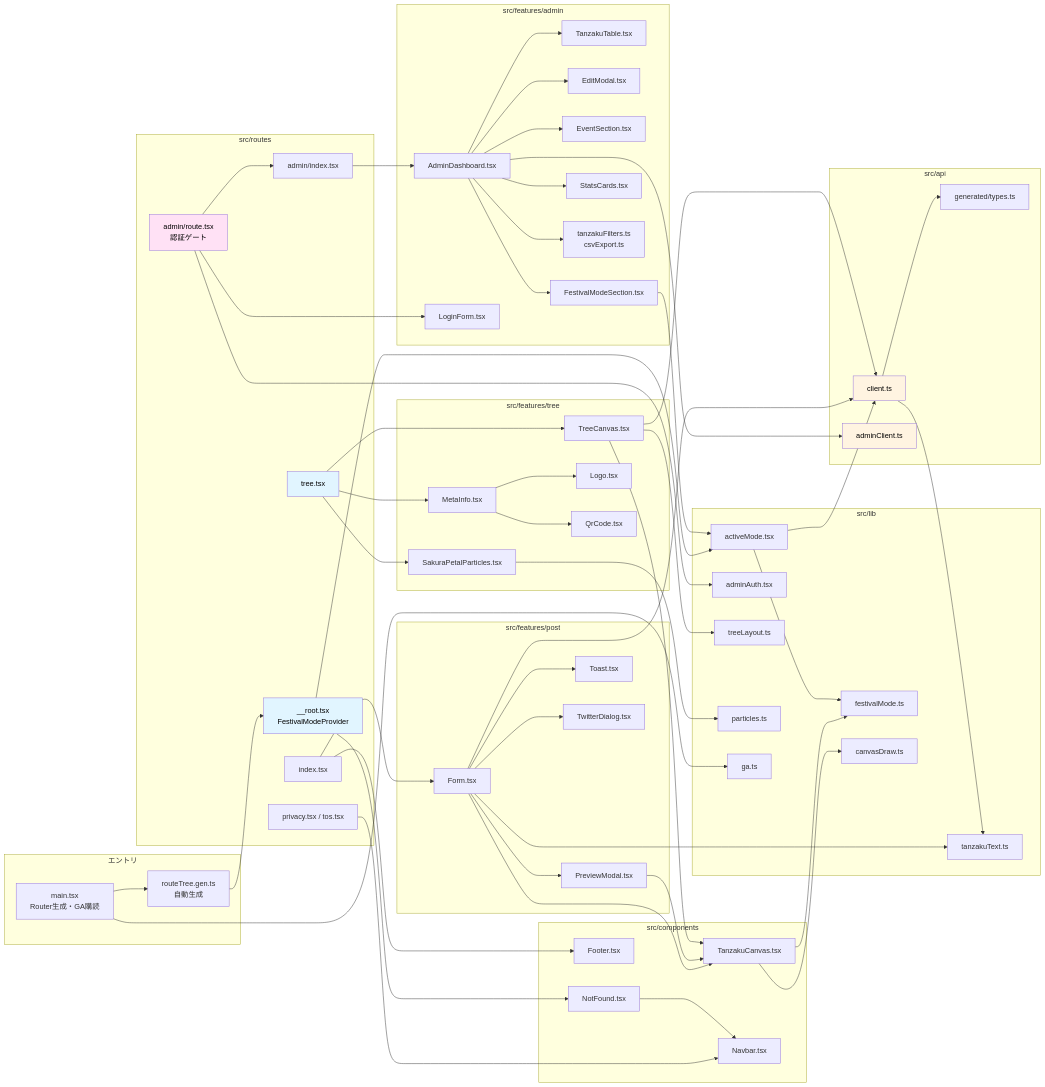
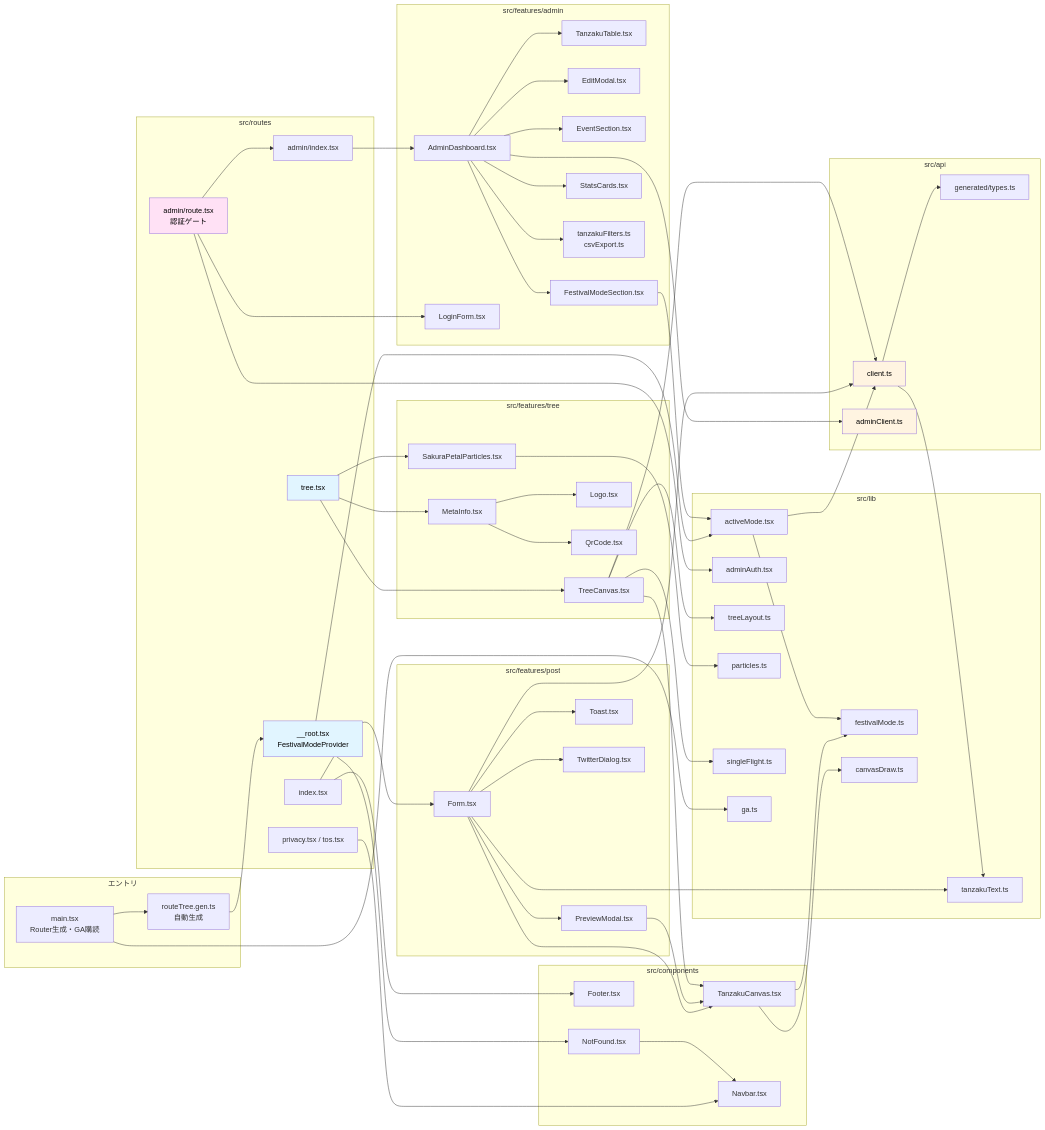
Before and after one commit to itl-marubu/tanzaku-frontend-v2: the second of 7 diagrams in architecture.md, drawn with Mermaid. The commit also changed other lines of this file and 1 other file, not shown here.

```diff
--- a/architecture.md
+++ b/architecture.md
@@ -145,6 +145,7 @@
         CD[canvasDraw.ts]
         TL[treeLayout.ts]
         PA[particles.ts]
+        SF[singleFlight.ts]
         TX[tanzakuText.ts]
         GAL[ga.ts]
     end
@@ -174,6 +175,7 @@
     TC --> TZC
     TC --> CL
     TC --> TL
+    TC --> SF
     MI --> LG
     MI --> QR
     SP --> PA
```
